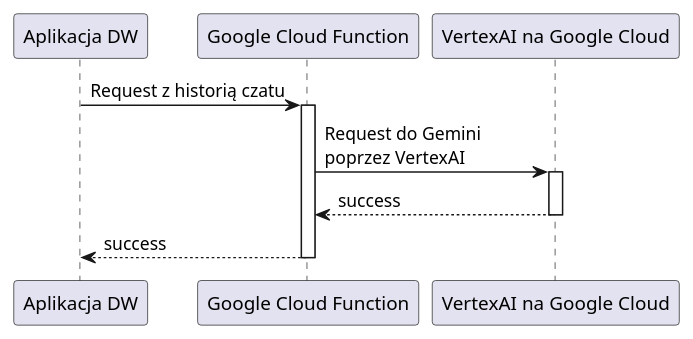
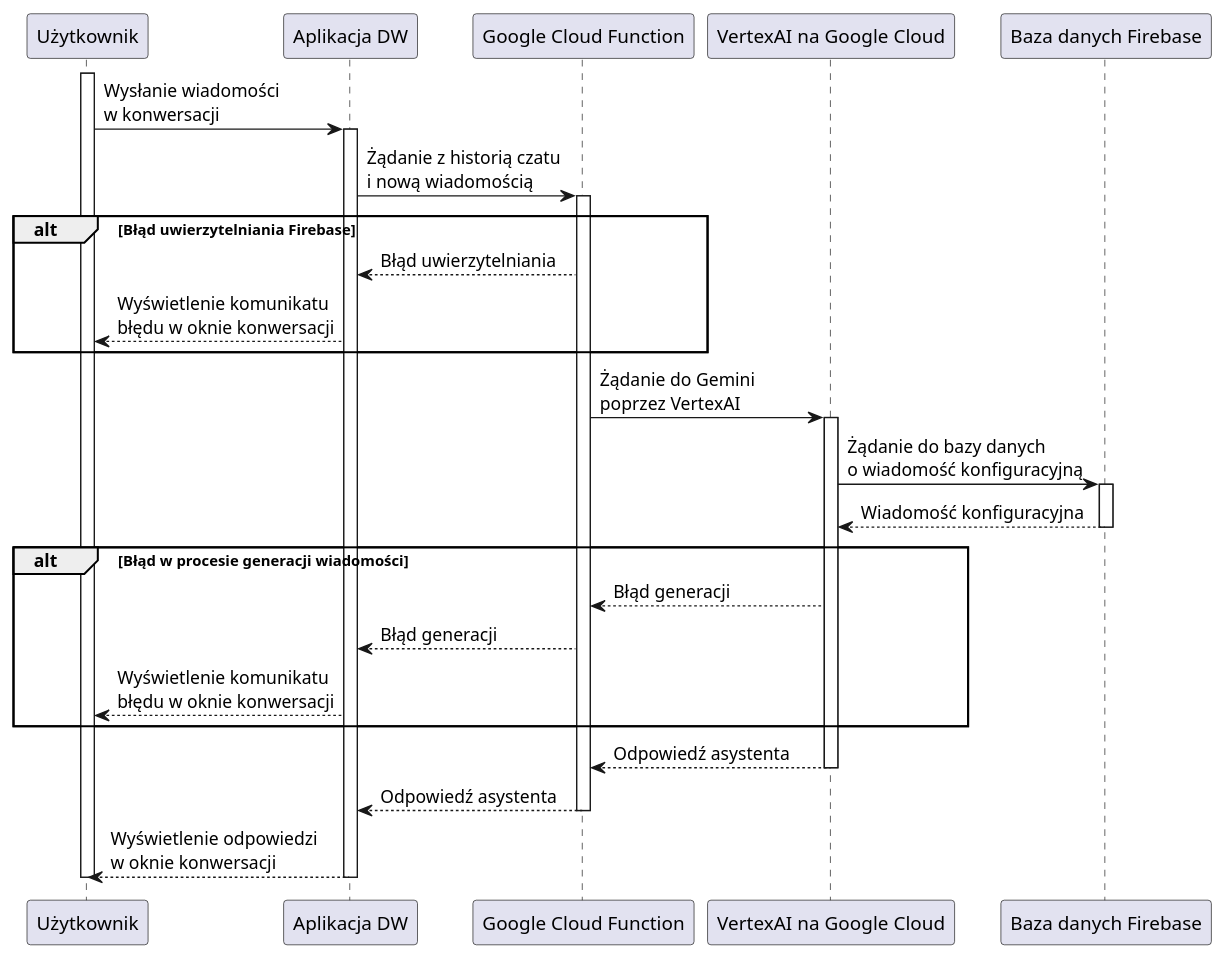
Before and after one commit to Bartosiki/DW-Flutter-App-Documentation: the diagram in Writerside/topics/Wdrożenie-Gemini.md, drawn with PlantUML.

Commit message:
Update app diagram

```diff
--- a/Writerside/topics/Wdrożenie-Gemini.md
+++ b/Writerside/topics/Wdrożenie-Gemini.md
@@ -8,13 +8,33 @@
     @startuml
+    participant "Użytkownik" as user
     participant "Aplikacja DW" as app
     participant "Google Cloud Function" as fn
     participant "VertexAI na Google Cloud" as ai
-    app->fn : Request z historią czatu
+    participant "Baza danych Firebase" as db
+    activate user
+    user->app : Wysłanie wiadomości\nw konwersacji
+    activate app
+    app->fn : Żądanie z historią czatu\ni nową wiadomością
     activate fn
-    fn->ai : Request do Gemini\npoprzez VertexAI
+    alt Błąd uwierzytelniania Firebase
+    fn ---> app : Błąd uwierzytelniania
+    app ---> user : Wyświetlenie komunikatu\nbłędu w oknie konwersacji
+    end
+    fn->ai : Żądanie do Gemini\npoprzez VertexAI
     activate ai
-    return success
+    ai->db : Żądanie do bazy danych\no wiadomość konfiguracyjną
+    activate db
+    return Wiadomość konfiguracyjna
+    alt Błąd w procesie generacji wiadomości
+    ai--->fn : Błąd generacji
+    fn--->app : Błąd generacji
+    app--->user : Wyświetlenie komunikatu\nbłędu w oknie konwersacji
+    end
+    return Odpowiedź asystenta
     deactivate ai
-    fn --> app : success
+    fn --> app : Odpowiedź asystenta
     deactivate fn
+    app --> user : Wyświetlenie odpowiedzi\nw oknie konwersacji
+    deactivate app
+    deactivate user
     @enduml
```
